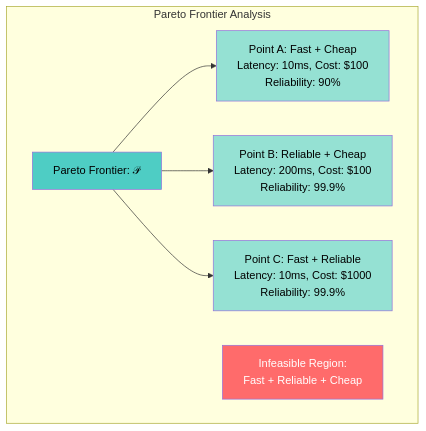
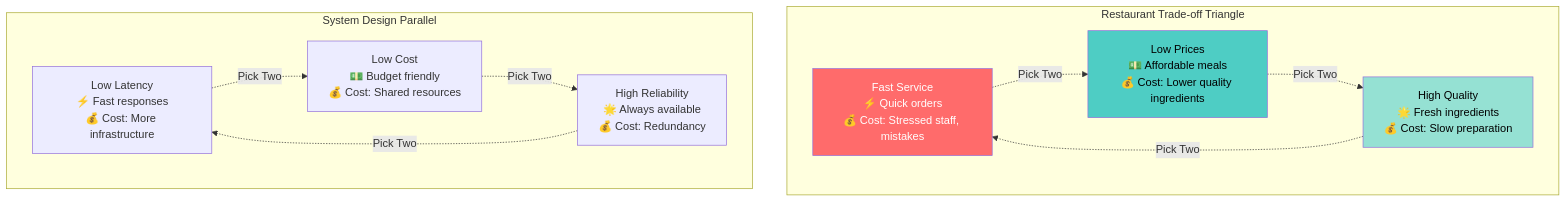
The first of 6 diagrams in docs/core-principles/laws/multidimensional-optimization.md (deepaucksharma/DStudio), drawn with Mermaid before and after one commit. The commit also changed other lines of this file and 17 other files, not shown here.

````diff
--- a/docs/core-principles/laws/multidimensional-optimization.md
+++ b/docs/core-principles/laws/multidimensional-optimization.md
@@ -118,19 +46,26 @@
-```mermaid 
+```mermaid
 graph TB
-    subgraph "Pareto Frontier Analysis"
-        PF[Pareto Frontier: 𝒫]
-        A[Point A: Fast + Cheap<br/>Latency: 10ms, Cost: $100<br/>Reliability: 90%]
-        B[Point B: Reliable + Cheap<br/>Latency: 200ms, Cost: $100<br/>Reliability: 99.9%]
-        C[Point C: Fast + Reliable<br/>Latency: 10ms, Cost: $1000<br/>Reliability: 99.9%]
+    subgraph "Restaurant Trade-off Triangle"
+        Fast[Fast Service<br/>⚡ Quick orders<br/>💰 Cost: Stressed staff, mistakes]
+        Cheap[Low Prices<br/>💵 Affordable meals<br/>💰 Cost: Lower quality ingredients]
+        Good[High Quality<br/>🌟 Fresh ingredients<br/>💰 Cost: Slow preparation]
         
-        PF --> A & B & C
-        
-        INF[Infeasible Region:<br/>Fast + Reliable + Cheap]
+        Fast -.->|Pick Two| Cheap
+        Cheap -.->|Pick Two| Good  
+        Good -.->|Pick Two| Fast
     end
     
-    style PF fill:#4ecdc4,color:#000
-    style A fill:#95e1d3,color:#000
-    style B fill:#95e1d3,color:#000  
-    style C fill:#95e1d3,color:#000
-    style INF fill:#ff6b6b,color:#fff
+    subgraph "System Design Parallel"
+        Latency[Low Latency<br/>⚡ Fast responses<br/>💰 Cost: More infrastructure]
+        Cost[Low Cost<br/>💵 Budget friendly<br/>💰 Cost: Shared resources]
+        Reliability[High Reliability<br/>🌟 Always available<br/>💰 Cost: Redundancy]
+        
+        Latency -.->|Pick Two| Cost
+        Cost -.->|Pick Two| Reliability
+        Reliability -.->|Pick Two| Latency
+    end
+    
+    style Fast fill:#ff6b6b,color:#fff
+    style Cheap fill:#4ecdc4,color:#000
+    style Good fill:#95e1d3,color:#000
 ```
````
